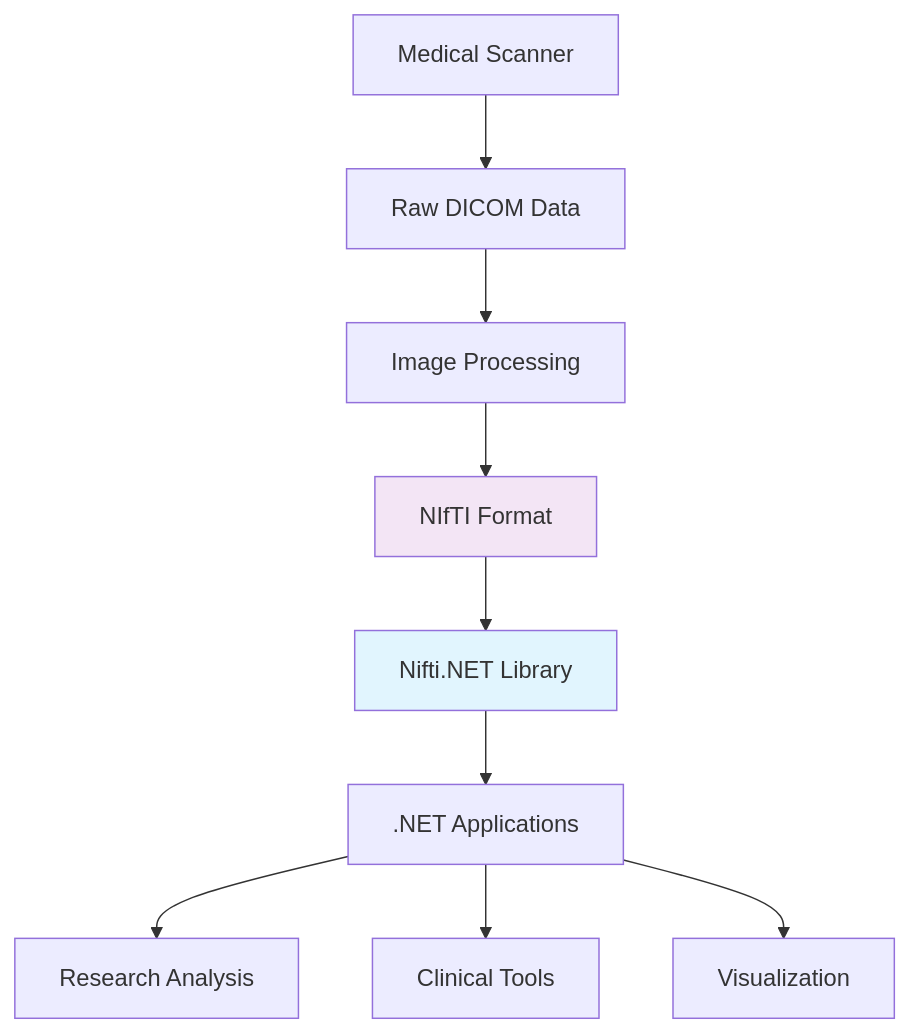
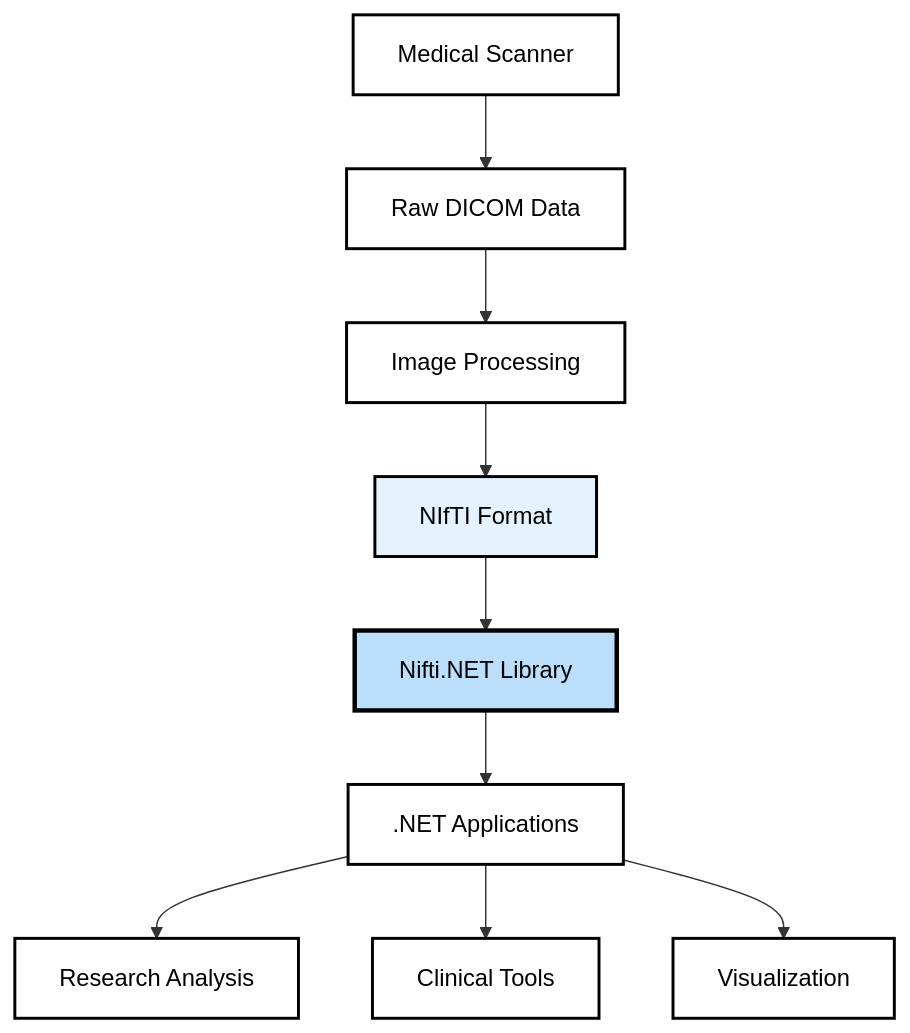
One commit to plwp/Nifti.NET changed the first of 3 diagrams in README.md. Above: the diagram before and after it, drawn with Mermaid. The commit also changed other lines of this file, not shown here.

First line of the commit message:
docs: improve accessibility with high-contrast Mermaid diagrams

````diff
--- a/README.md
+++ b/README.md
@@ -16,15 +16,22 @@
 ```mermaid
 graph TB
     A[Medical Scanner] --> B[Raw DICOM Data]
     B --> C[Image Processing]
     C --> D[NIfTI Format]
     D --> E[Nifti.NET Library]
     E --> F[.NET Applications]
     
     F --> G[Research Analysis]
     F --> H[Clinical Tools]
     F --> I[Visualization]
     
-    style E fill:#e1f5fe
-    style D fill:#f3e5f5
+    style A fill:#ffffff,stroke:#000000,stroke-width:2px,color:#000000
+    style B fill:#ffffff,stroke:#000000,stroke-width:2px,color:#000000
+    style C fill:#ffffff,stroke:#000000,stroke-width:2px,color:#000000
+    style D fill:#e3f2fd,stroke:#000000,stroke-width:2px,color:#000000
+    style E fill:#bbdefb,stroke:#000000,stroke-width:3px,color:#000000
+    style F fill:#ffffff,stroke:#000000,stroke-width:2px,color:#000000
+    style G fill:#ffffff,stroke:#000000,stroke-width:2px,color:#000000
+    style H fill:#ffffff,stroke:#000000,stroke-width:2px,color:#000000
+    style I fill:#ffffff,stroke:#000000,stroke-width:2px,color:#000000
 ```
````
